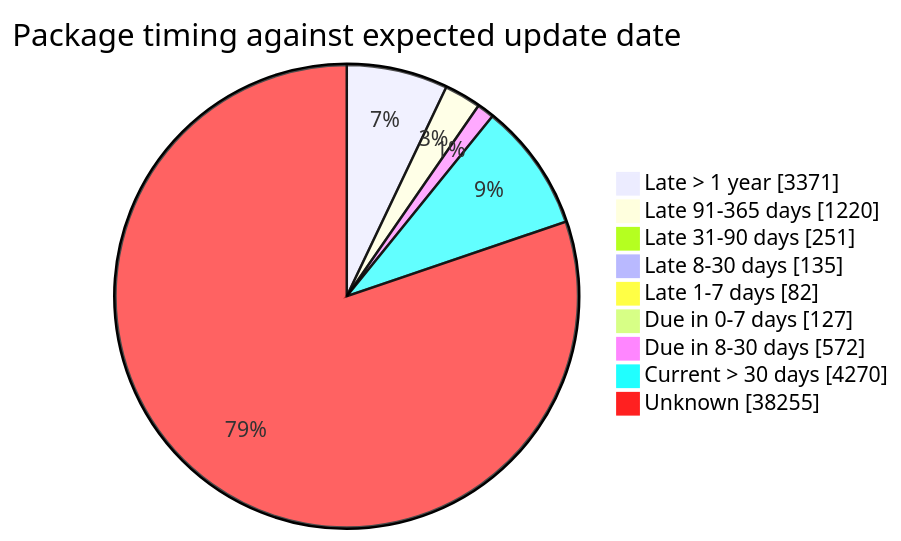
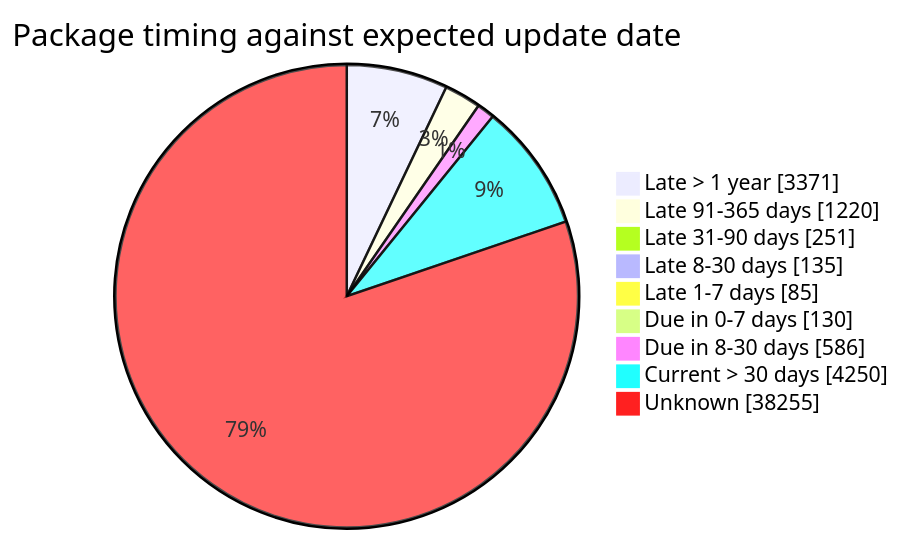
One commit to open-data/analytics-corporate-reporting changed the fourth of 5 diagrams in FreshCheck/README.md. Above: the diagram before and after it, drawn with Mermaid. The commit also changed other lines of this file and 3 other files, not shown here.

````diff
--- a/FreshCheck/README.md
+++ b/FreshCheck/README.md
@@ -86,12 +86,12 @@
 ```mermaid
 pie showData title Package timing against expected update date
     "Late > 1 year": 3371
     "Late 91-365 days": 1220
     "Late 31-90 days": 251
     "Late 8-30 days": 135
-    "Late 1-7 days": 82
-    "Due in 0-7 days": 127
-    "Due in 8-30 days": 572
-    "Current > 30 days": 4270
+    "Late 1-7 days": 85
+    "Due in 0-7 days": 130
+    "Due in 8-30 days": 586
+    "Current > 30 days": 4250
     "Unknown": 38255
 ```
````
